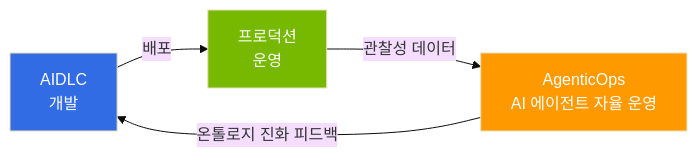
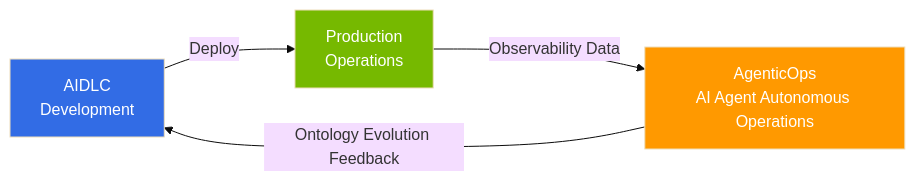
One commit to devfloor9/engineering-playbook changed the diagram in docs/aidlc/operations/index.md. Above: the diagram before and after it, drawn with Mermaid (base theme). The commit also changed other lines of this file and 954 other files, not shown here.

````diff
--- a/docs/aidlc/operations/index.md
+++ b/docs/aidlc/operations/index.md
@@ -24,10 +22,10 @@
 ```mermaid
 flowchart LR
-    DEV["AIDLC<br/>개발"] -->|배포| PROD["프로덕션<br/>운영"]
-    PROD -->|관찰성 데이터| AGOPS["AgenticOps<br/>AI 에이전트 자율 운영"]
-    AGOPS -->|온톨로지 진화 피드백| DEV
+    DEV["AIDLC<br/>Development"] -->|Deploy| PROD["Production<br/>Operations"]
+    PROD -->|Observability Data| AGOPS["AgenticOps<br/>AI Agent Autonomous Operations"]
+    AGOPS -->|Ontology Evolution Feedback| DEV
 
     style DEV fill:#326ce5,color:#fff
     style PROD fill:#76b900,color:#fff
     style AGOPS fill:#ff9900,color:#fff
 ```
````
